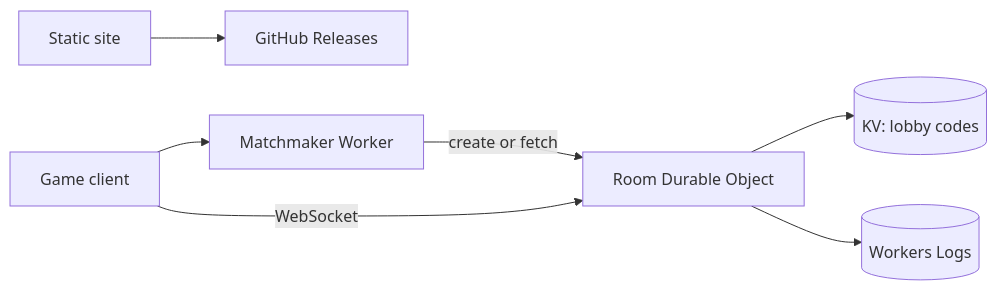
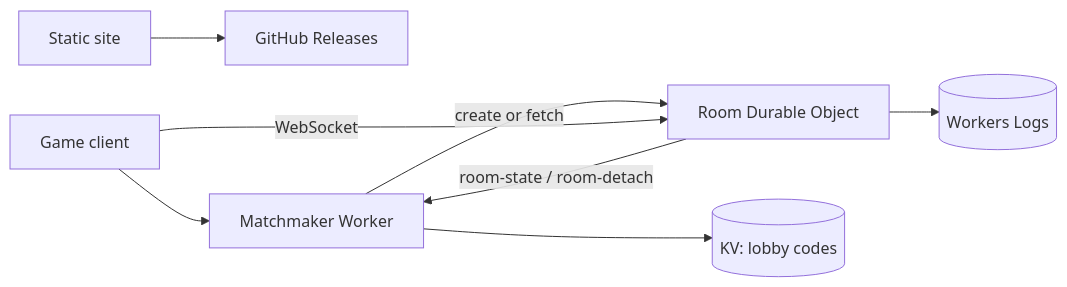
The sixth of 9 diagrams in docs/ARCHITECTURE.md (sean-reid/clowns-and-mimes), drawn with Mermaid before and after one commit. The commit also changed other lines of this file, not shown here.

First line of the commit message:
docs: correct ARCHITECTURE mermaid diagrams against v0.6 code

````diff
--- a/docs/ARCHITECTURE.md
+++ b/docs/ARCHITECTURE.md
@@ -340,9 +341,10 @@
 ```mermaid
 flowchart LR
   Browser[Static site] --> GH[GitHub Releases]
   Game[Game client] --> MM[Matchmaker Worker]
   MM -->|create or fetch| Room[Room Durable Object]
   Game -->|WebSocket| Room
-  Room --> KV[(KV: lobby codes)]
+  MM --> KV[(KV: lobby codes)]
+  Room -->|room-state / room-detach| MM
   Room --> Logs[(Workers Logs)]
 ```
````
